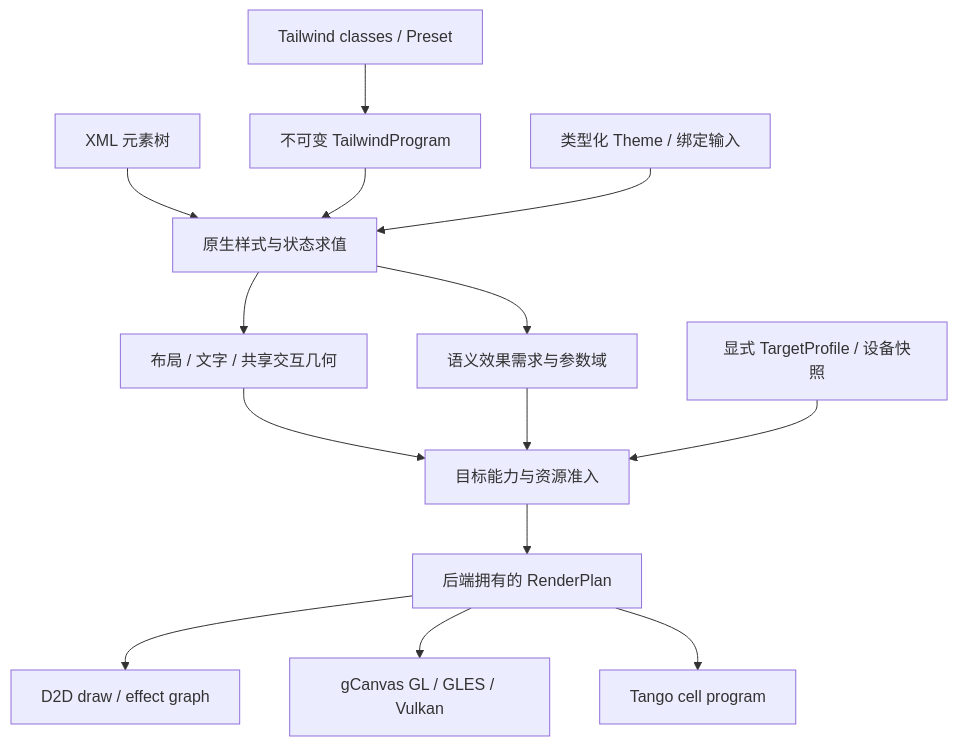
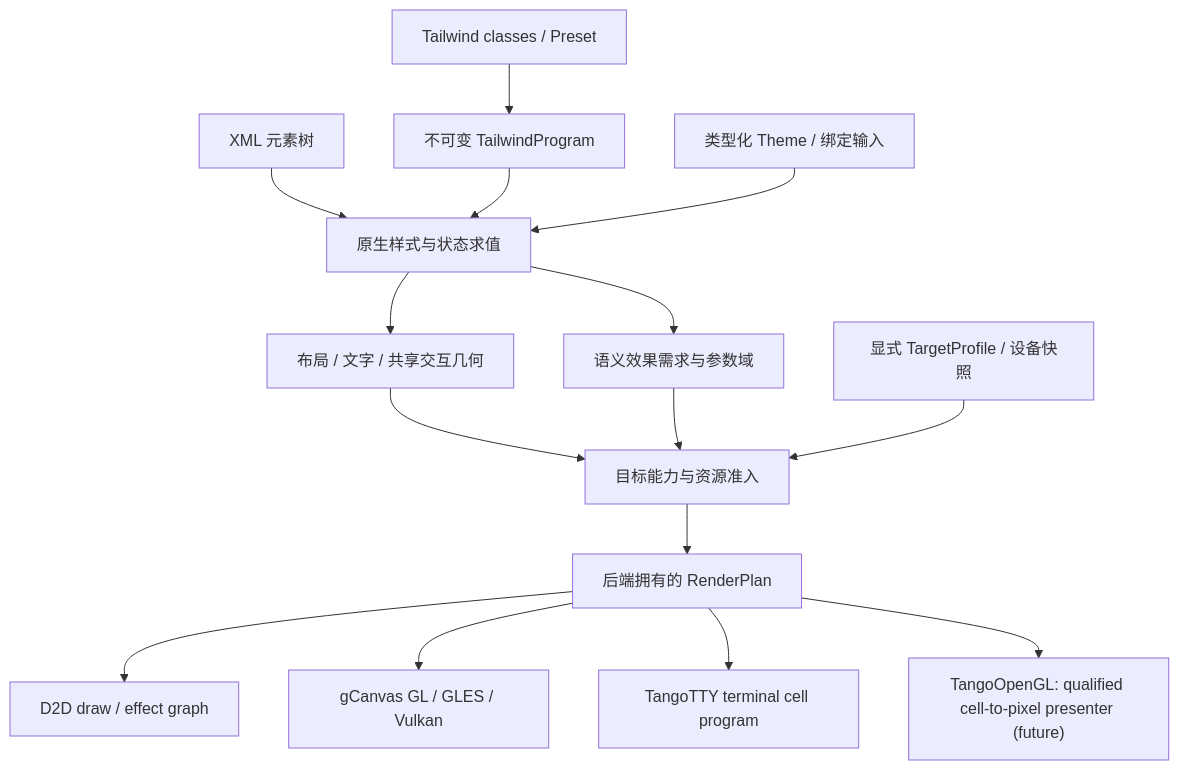
Before and after one commit to qigao/stun: the diagram in flexUI/docs/TAILWIND_NATIVE_BACKENDS_DESIGN.md, drawn with Mermaid. The commit also changed other lines of this file, not shown here.

Commit message:
docs(tango): keep native Tailwind backend profiles consistent with dual Tango decision

````diff
--- a/flexUI/docs/TAILWIND_NATIVE_BACKENDS_DESIGN.md
+++ b/flexUI/docs/TAILWIND_NATIVE_BACKENDS_DESIGN.md
@@ -113,16 +114,17 @@
 ```mermaid
 flowchart TD
     X["XML 元素树"] --> S["原生样式与状态求值"]
     T["Tailwind classes / Preset"] --> P["不可变 TailwindProgram"]
     P --> S
     H["类型化 Theme / 绑定输入"] --> S
     S --> L["布局 / 文字 / 共享交互几何"]
     S --> E["语义效果需求与参数域"]
     L --> A["目标能力与资源准入"]
     E --> A
     C["显式 TargetProfile / 设备快照"] --> A
     A --> R["后端拥有的 RenderPlan"]
     R --> D["D2D draw / effect graph"]
     R --> G["gCanvas GL / GLES / Vulkan"]
-    R --> U["Tango cell program"]
+    R --> U["TangoTTY terminal cell program"]
+    R --> TG["TangoOpenGL: qualified cell-to-pixel presenter (future)"]
 ```
````
